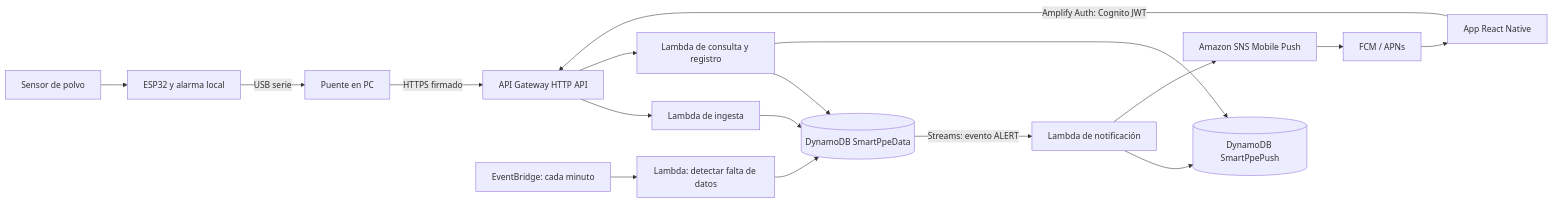
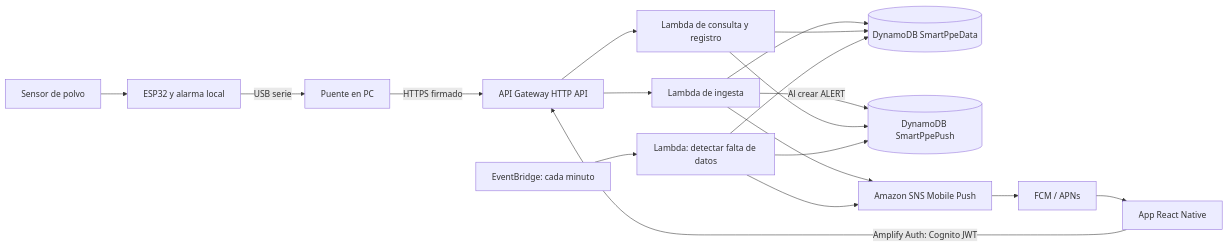
One commit to DiegoLadrondeGuevara/pi3 changed the diagram in ARQUITECTURA.md. Above: the diagram before and after it, drawn with Mermaid. The commit also changed other lines of this file and 4 other files, not shown here.

Commit message:
Send push directly after alert writes in Academy

````diff
--- a/ARQUITECTURA.md
+++ b/ARQUITECTURA.md
@@ -16,19 +16,20 @@
 ```mermaid
 flowchart LR
   Sensor[Sensor de polvo] --> ESP[ESP32 y alarma local]
   ESP -->|USB serie| PC[Puente en PC]
   PC -->|HTTPS firmado| API[API Gateway HTTP API]
   API --> Ingest[Lambda de ingesta]
   Ingest --> Data[(DynamoDB SmartPpeData)]
-  Data -->|Streams: evento ALERT| Notify[Lambda de notificación]
-  Notify --> Push[(DynamoDB SmartPpePush)]
-  Notify --> SNS[Amazon SNS Mobile Push]
+  Ingest -->|Al crear ALERT| Push[(DynamoDB SmartPpePush)]
+  Ingest --> SNS[Amazon SNS Mobile Push]
   SNS --> FCM[FCM / APNs]
   FCM --> App[App React Native]
   App -->|Amplify Auth: Cognito JWT| API
   API --> Read[Lambda de consulta y registro]
   Read --> Data
   Read --> Push
   Schedule[EventBridge: cada minuto] --> Offline[Lambda: detectar falta de datos]
   Offline --> Data
+  Offline --> Push
+  Offline --> SNS
 ```
````
